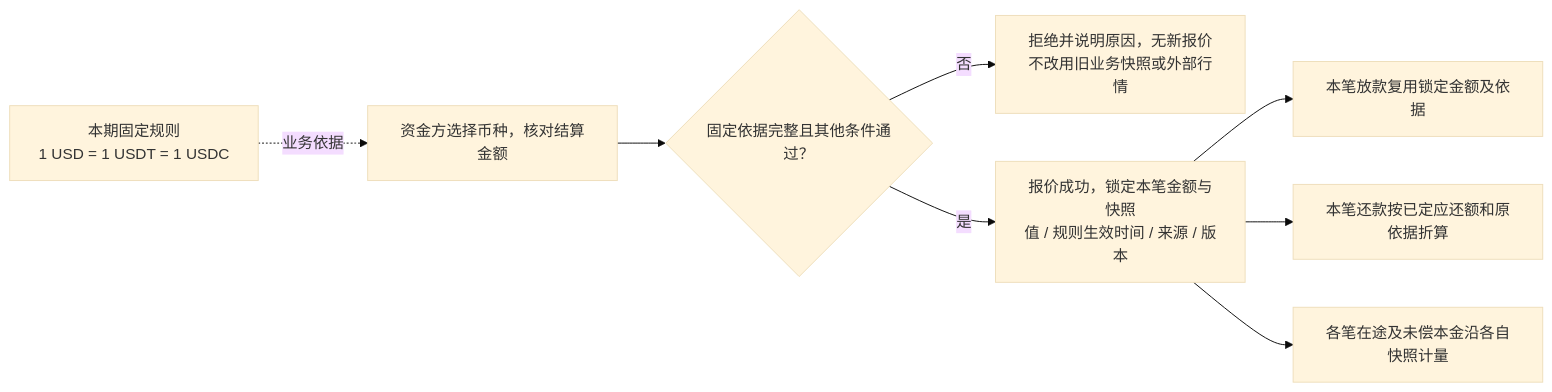
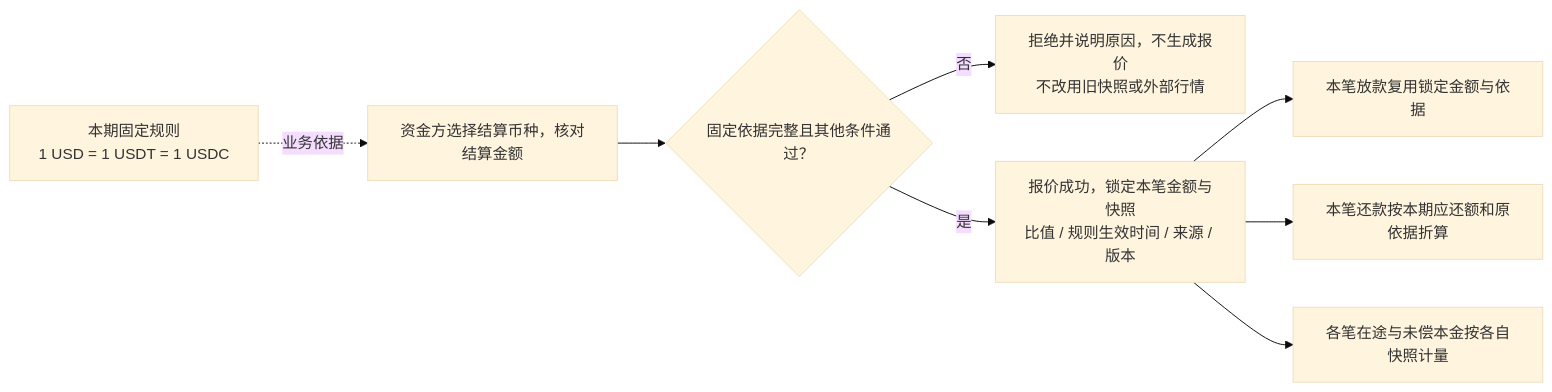
The fourth of 8 diagrams in lending-platform/PRD/面客端/06-借贷广场-授信报价与接受拒绝/02-授信报价与接受拒绝-流程图与状态机.md (wxblockchain/Chain-Financing), drawn with Mermaid (base theme) before and after one commit. The commit also changed other lines of this file and 6 other files, not shown here.

````diff
--- a/lending-platform/PRD/面客端/06-借贷广场-授信报价与接受拒绝/02-授信报价与接受拒绝-流程图与状态机.md
+++ b/lending-platform/PRD/面客端/06-借贷广场-授信报价与接受拒绝/02-授信报价与接受拒绝-流程图与状态机.md
@@ -96,10 +98,10 @@
 ```mermaid
 flowchart LR
-  A["本期固定规则<br/>1 USD = 1 USDT = 1 USDC"] -. "业务依据" .-> B["资金方选择币种，核对结算金额"]
+  A["本期固定规则<br/>1 USD = 1 USDT = 1 USDC"] -. "业务依据" .-> B["资金方选择结算币种，核对结算金额"]
   B --> C{"固定依据完整且其他条件通过？"}
-  C -- "否" --> D["拒绝并说明原因，无新报价<br/>不改用旧业务快照或外部行情"]
-  C -- "是" --> E["报价成功，锁定本笔金额与快照<br/>值 / 规则生效时间 / 来源 / 版本"]
-  E --> F["本笔放款复用锁定金额及依据"]
-  E --> G["本笔还款按已定应还额和原依据折算"]
-  E --> H["各笔在途及未偿本金沿各自快照计量"]
+  C -- "否" --> D["拒绝并说明原因，不生成报价<br/>不改用旧快照或外部行情"]
+  C -- "是" --> E["报价成功，锁定本笔金额与快照<br/>比值 / 规则生效时间 / 来源 / 版本"]
+  E --> F["本笔放款复用锁定金额与依据"]
+  E --> G["本笔还款按本期应还额和原依据折算"]
+  E --> H["各笔在途与未偿本金按各自快照计量"]
 ```
````
